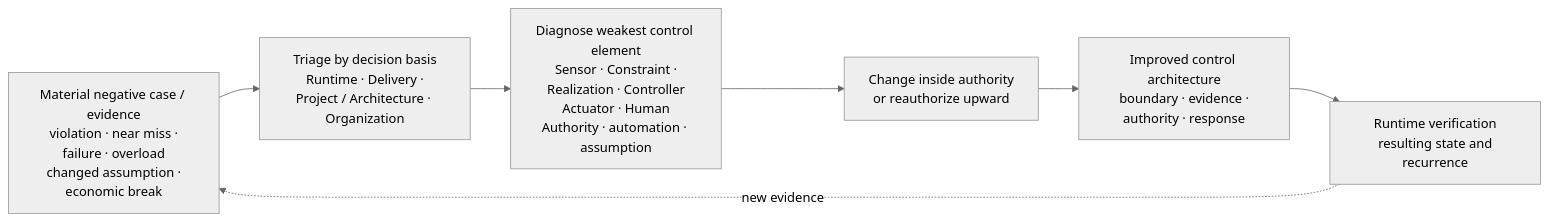
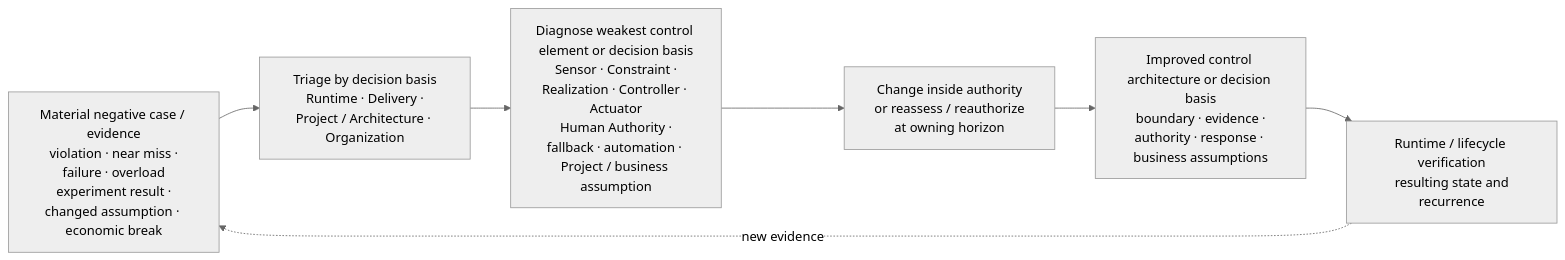
One commit to UncertaintyArchitectureGroup/uncertainty-architecture changed diagram 15 of 15 in content/research/notes/open-engineering-specification-article-draft.md. Above: the diagram before and after it, drawn with Mermaid (neutral theme). The commit also changed other lines of this file and 6 other files, not shown here.

````diff
--- a/content/research/notes/open-engineering-specification-article-draft.md
+++ b/content/research/notes/open-engineering-specification-article-draft.md
@@ -863,12 +945,12 @@
 ```mermaid
 flowchart LR
-    N["Material negative case / evidence<br/> violation · near miss · failure · overload<br/> changed assumption · economic break"]
+    N["Material negative case / evidence<br/> violation · near miss · failure · overload<br/> experiment result · changed assumption · economic break"]
     T["Triage by decision basis<br/> Runtime · Delivery · Project / Architecture · Organization"]
-    D["Diagnose weakest control element<br/> Sensor · Constraint · Realization · Controller<br/> Actuator · Human Authority · automation · assumption"]
-    C["Change inside authority<br/> or reauthorize upward"]
-    I["Improved control architecture<br/> boundary · evidence · authority · response"]
-    V["Runtime verification<br/> resulting state and recurrence"]
+    D["Diagnose weakest control element or decision basis<br/> Sensor · Constraint · Realization · Controller · Actuator<br/> Human Authority · fallback · automation · Project / business assumption"]
+    C["Change inside authority<br/> or reassess / reauthorize at owning horizon"]
+    I["Improved control architecture or decision basis<br/> boundary · evidence · authority · response · business assumptions"]
+    V["Runtime / lifecycle verification<br/> resulting state and recurrence"]
 
     N --> T --> D --> C --> I --> V
     V -. new evidence .-> N
 ```
````
